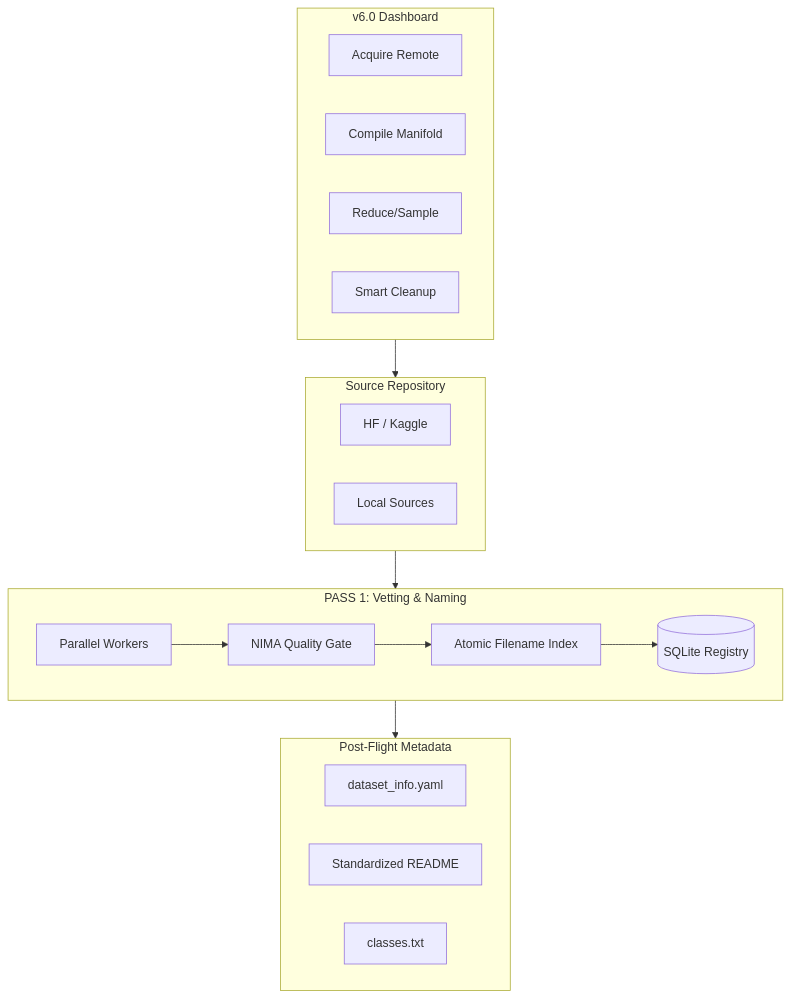
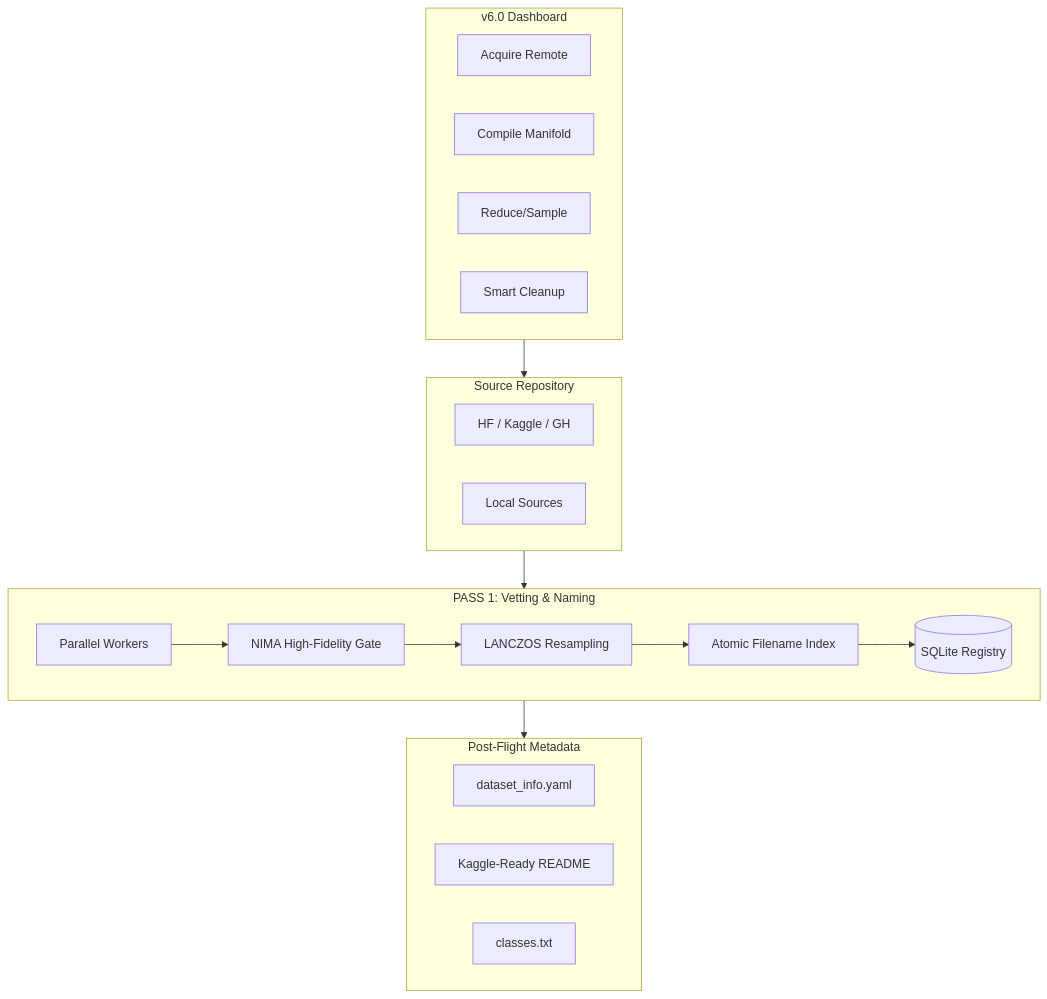
The diagram in README.md (lemgenda/lemgendary-dataset-generator), drawn with Mermaid before and after one commit. The commit also changed other lines of this file and 1 other file, not shown here.

Commit message:
feat: upgrade pipeline to v16.2.8 with 1024px diffusion baseline and hardened high-fidelity resolution filtering

````diff
--- a/README.md
+++ b/README.md
@@ -37,35 +42,37 @@
 ```mermaid
 graph TD
     subgraph Hub[v6.0 Dashboard]
         M1[Acquire Remote]
         M2[Compile Manifold]
         M3[Reduce/Sample]
         M4[Smart Cleanup]
     end
 
     subgraph RawData[Source Repository]
-        D1[HF / Kaggle]
+        D1[HF / Kaggle / GH]
         D2[Local Sources]
     end
 
     subgraph Pass1[PASS 1: Vetting & Naming]
         A[Parallel Workers]
-        B[NIMA Quality Gate]
-        C[Atomic Filename Index]
+        B[NIMA High-Fidelity Gate]
+        C[LANCZOS Resampling]
+        D[Atomic Filename Index]
         E[(SQLite Registry)]
         
         A --> B
         B --> C
-        C --> E
+        C --> D
+        D --> E
     end
 
     subgraph Export[Post-Flight Metadata]
         G[dataset_info.yaml]
-        H[Standardized README]
+        H[Kaggle-Ready README]
         I[classes.txt]
     end
 
     Hub --> RawData
     RawData --> Pass1
     Pass1 --> Export
 ```
````
